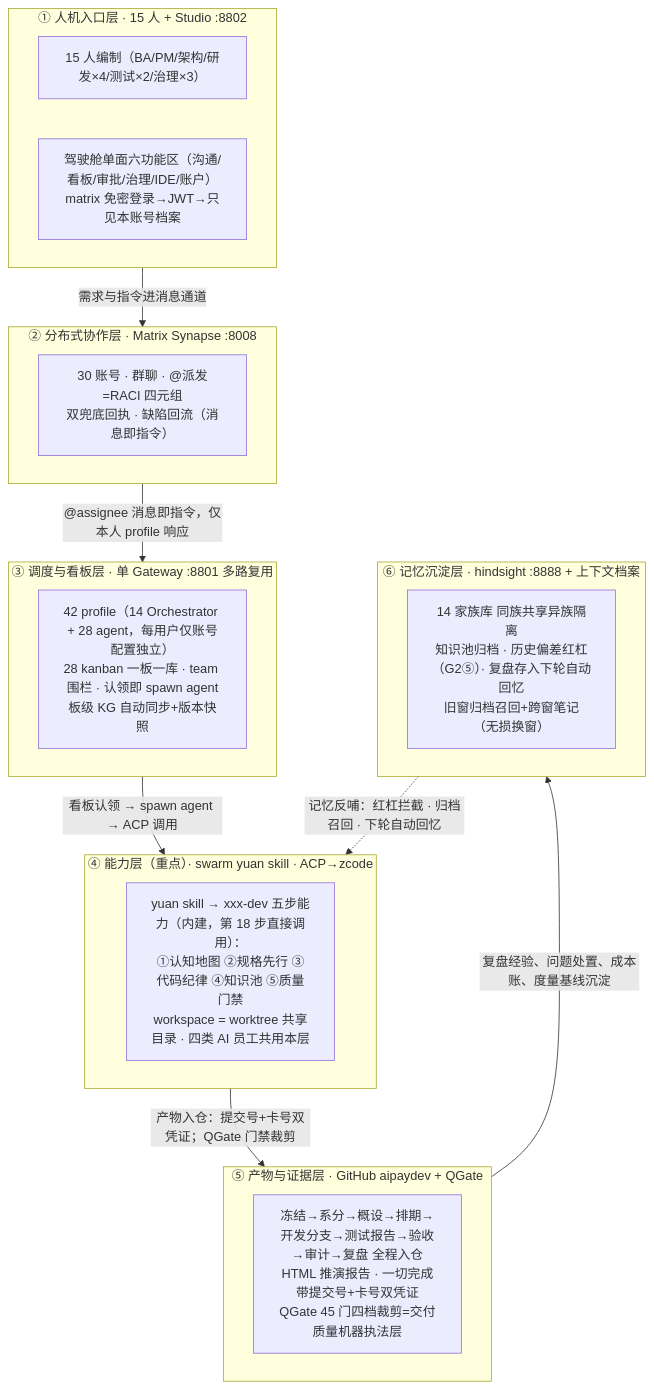
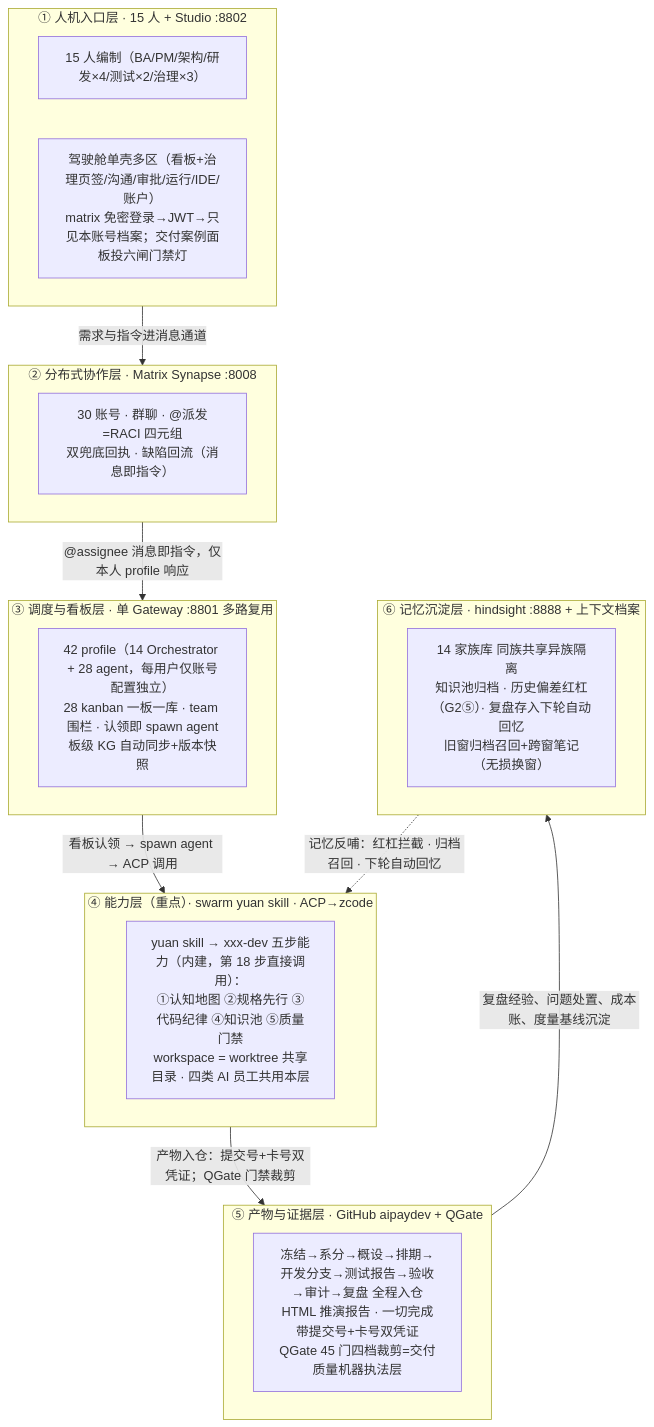
The diagram in docs/superpowers/specs/2026-10-05-mux-v8-fullflow-plan.md (issac-new/SwarmStudio), drawn with Mermaid before and after one commit. The commit also changed other lines of this file, not shown here.

````diff
--- a/docs/superpowers/specs/2026-10-05-mux-v8-fullflow-plan.md
+++ b/docs/superpowers/specs/2026-10-05-mux-v8-fullflow-plan.md
@@ -76,28 +76,28 @@
 ```mermaid
 graph TB
     subgraph L1["① 人机入口层 · 15 人 + Studio :8802"]
         U["15 人编制（BA/PM/架构/研发×4/测试×2/治理×3）"]
-        ST["驾驶舱单面六功能区（沟通/看板/审批/治理/IDE/账户）<br/>matrix 免密登录→JWT→只见本账号档案"]
+        ST["驾驶舱单壳多区（看板+治理页签/沟通/审批/运行/IDE/账户）<br/>matrix 免密登录→JWT→只见本账号档案；交付案例面板投六闸门禁灯"]
     end
     subgraph L2["② 分布式协作层 · Matrix Synapse :8008"]
         MX["30 账号 · 群聊 · @派发=RACI 四元组<br/>双兜底回执 · 缺陷回流（消息即指令）"]
     end
     subgraph L3["③ 调度与看板层 · 单 Gateway :8801 多路复用"]
         GW["42 profile（14 Orchestrator + 28 agent，每用户仅账号配置独立）<br/>28 kanban 一板一库 · team 围栏 · 认领即 spawn agent<br/>板级 KG 自动同步+版本快照"]
     end
     subgraph L4["④ 能力层（重点）· swarm yuan skill · ACP→zcode"]
         SK["yuan skill → xxx-dev 五步能力（内建，第 18 步直接调用）：<br/>①认知地图 ②规格先行 ③代码纪律 ④知识池 ⑤质量门禁<br/>workspace = worktree 共享目录 · 四类 AI 员工共用本层"]
     end
     subgraph L5["⑤ 产物与证据层 · GitHub aipaydev + QGate"]
         ART["冻结→系分→概设→排期→开发分支→测试报告→验收→审计→复盘 全程入仓<br/>HTML 推演报告 · 一切完成带提交号+卡号双凭证<br/>QGate 45 门四档裁剪=交付质量机器执法层"]
     end
     subgraph L6["⑥ 记忆沉淀层 · hindsight :8888 + 上下文档案"]
         MEM["14 家族库 同族共享异族隔离<br/>知识池归档 · 历史偏差红杠（G2⑤）· 复盘存入下轮自动回忆<br/>旧窗归档召回+跨窗笔记（无损换窗）"]
     end
     L1 -->|"需求与指令进消息通道"| L2
     L2 -->|"@assignee 消息即指令，仅本人 profile 响应"| L3
     L3 -->|"看板认领 → spawn agent → ACP 调用"| L4
     L4 -->|"产物入仓：提交号+卡号双凭证；QGate 门禁裁剪"| L5
     L5 -->|"复盘经验、问题处置、成本账、度量基线沉淀"| L6
     L6 -.->|"记忆反哺：红杠拦截 · 归档召回 · 下轮自动回忆"| L4
 ```
````
